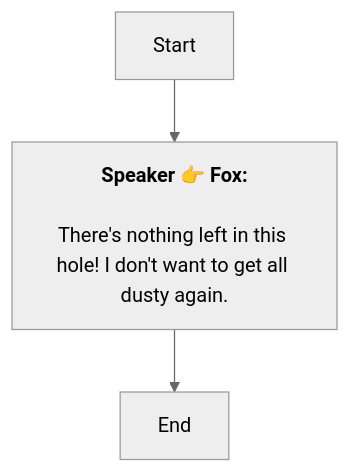
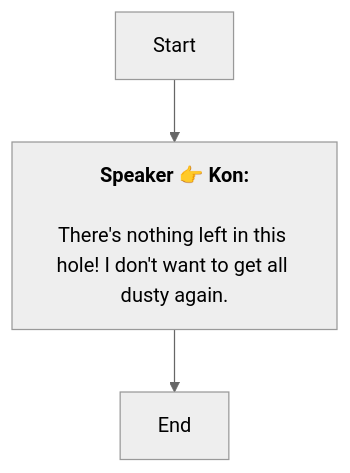
The diagram in Zh/AddDialogNode_1777227330741493.md (SoftHu/tos_avg), drawn with Mermaid (neutral theme) before and after one commit. The commit also changed 730 other files, not shown here.

````diff
--- a/Zh/AddDialogNode_1777227330741493.md
+++ b/Zh/AddDialogNode_1777227330741493.md
@@ -1,7 +1,7 @@
 ```mermaid
 graph
-Start -->1777227790562553[<b>Speaker 👉 Fox:</b>
+Start -->1777227790562553[<b>Speaker 👉 Kon:</b>
 \nThere's nothing left in this hole! I don't want to get all dusty again.]
 1777227790562553 -->1777227798689018[End]
 
 ```
````
